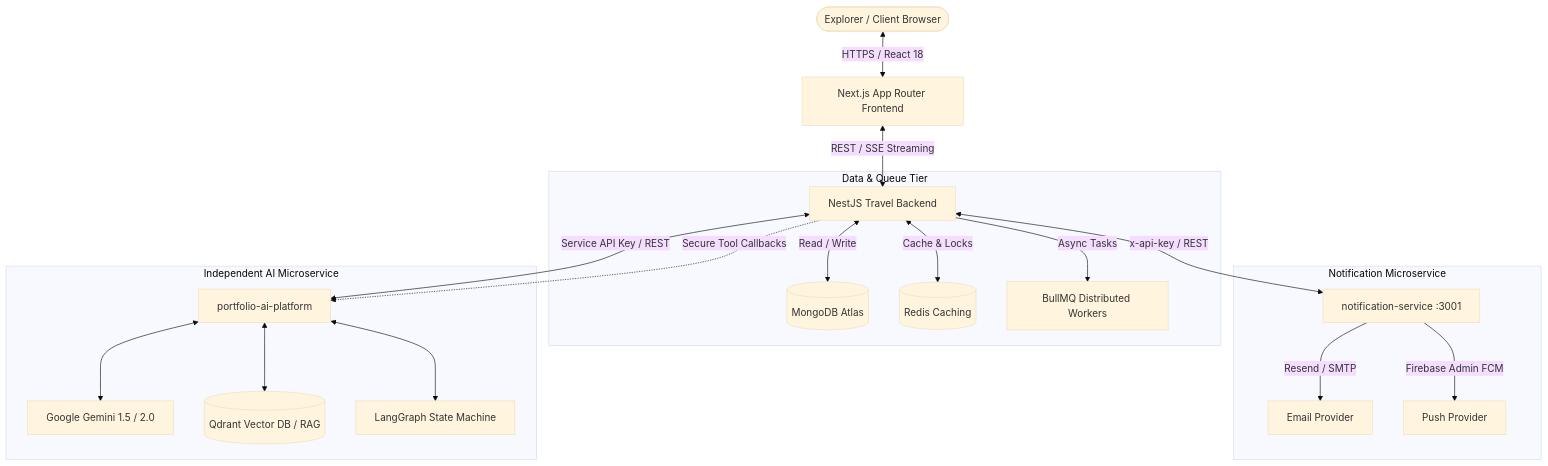
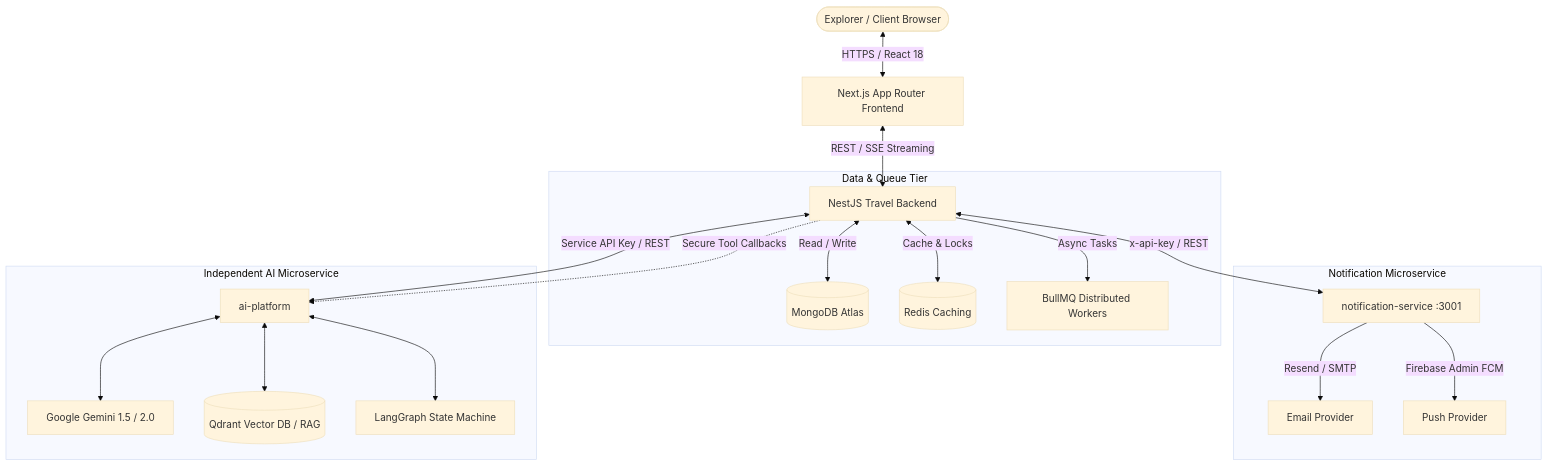
The first of 4 diagrams in README.md (rishank-kesarwani/ai-travel-planner), drawn with Mermaid (base theme) before and after one commit. The commit also changed other lines of this file, not shown here.

````diff
--- a/README.md
+++ b/README.md
@@ -39,26 +39,26 @@
 ```mermaid
 graph TD
     User([Explorer / Client Browser]) <-->|HTTPS / React 18| FE[Next.js App Router Frontend]
     FE <-->|REST / SSE Streaming| BE[NestJS Travel Backend]
     
     subgraph Data & Queue Tier
         BE <-->|Read / Write| Mongo[(MongoDB Atlas)]
         BE <-->|Cache & Locks| Redis[(Redis Caching)]
         BE -->|Async Tasks| BullMQ[BullMQ Distributed Workers]
     end
 
     subgraph Notification Microservice
         BE <-->|x-api-key / REST| NotifService[notification-service :3001]
         NotifService -->|Resend / SMTP| EmailEngine[Email Provider]
         NotifService -->|Firebase Admin FCM| PushEngine[Push Provider]
     end
 
     subgraph Independent AI Microservice
-        BE <-->|Service API Key / REST| AIPlatform[portfolio-ai-platform]
+        BE <-->|Service API Key / REST| AIPlatform[ai-platform]
         AIPlatform <--> Gemini[Google Gemini 1.5 / 2.0]
         AIPlatform <--> Qdrant[(Qdrant Vector DB / RAG)]
         AIPlatform <--> LangGraph[LangGraph State Machine]
     end
 
     BE -.->|Secure Tool Callbacks| AIPlatform
 ```
````
